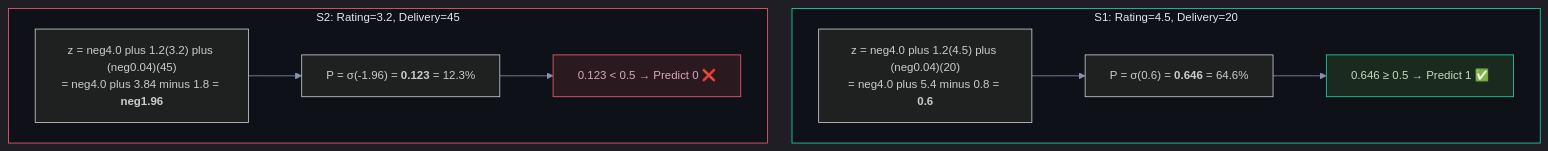
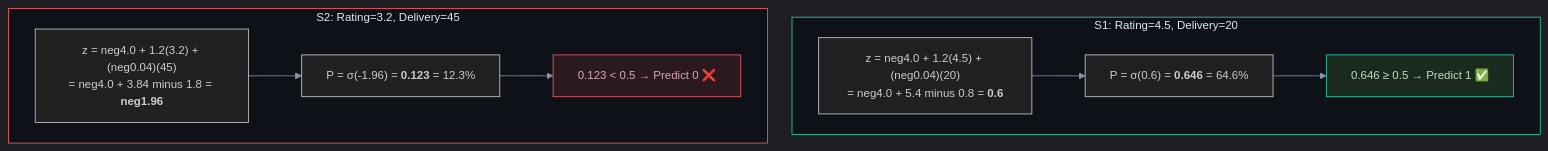
One commit to snehith1234/StudyCircle changed the second of 9 diagrams in Documents/Visual_Guides/ML_Concepts/Logistic_Regression_Visual.md. Above: the diagram before and after it, drawn with Mermaid. The commit also changed other lines of this file and 10 other files, not shown here.

First line of the commit message:
Fix Mermaid formatting and add RNN/LSTM guides

````diff
--- a/Documents/Visual_Guides/ML_Concepts/Logistic_Regression_Visual.md
+++ b/Documents/Visual_Guides/ML_Concepts/Logistic_Regression_Visual.md
@@ -60,20 +60,20 @@
 ```mermaid
 %%{init: {'theme': 'dark', 'themeVariables': {'darkMode': true, 'background': '#0e1117', 'primaryColor': '#1a1d2e', 'primaryTextColor': '#e2e8f0', 'primaryBorderColor': '#2d3148', 'lineColor': '#8892b0', 'secondaryColor': '#252840', 'tertiaryColor': '#1a1d2e', 'fontSize': '14px', 'edgeLabelBackground': '#0e1117'}, 'flowchart': {'nodeSpacing': 30, 'rankSpacing': 40, 'padding': 15, 'htmlLabels': true}}}%%
 graph TD
     subgraph STORE1["S1: Rating=4.5, Delivery=20"]
-        Z1["z = neg4.0 plus 1.2(4.5) plus (neg0.04)(20)<br/>= neg4.0 plus 5.4 minus 0.8 = <b>0.6</b>"]
+        Z1["z = neg4.0 + 1.2(4.5) + (neg0.04)(20)<br/>= neg4.0 + 5.4 minus 0.8 = <b>0.6</b>"]
         Z1 --> P1["P = σ(0.6) = <b>0.646</b> = 64.6%"]
         P1 --> C1["0.646 ≥ 0.5 → Predict 1 ✅"]
     end
 
     subgraph STORE2["S2: Rating=3.2, Delivery=45"]
-        Z2["z = neg4.0 plus 1.2(3.2) plus (neg0.04)(45)<br/>= neg4.0 plus 3.84 minus 1.8 = <b>neg1.96</b>"]
+        Z2["z = neg4.0 + 1.2(3.2) + (neg0.04)(45)<br/>= neg4.0 + 3.84 minus 1.8 = <b>neg1.96</b>"]
         Z2 --> P2["P = σ(-1.96) = <b>0.123</b> = 12.3%"]
         P2 --> C2["0.123 < 0.5 → Predict 0 ❌"]
     end
 
     style STORE1 fill:#0e1117,stroke:#22d3a7,color:#e2e8f0
     style STORE2 fill:#0e1117,stroke:#f45d6d,color:#e2e8f0
     style C1 fill:#1a2a1f,stroke:#22d3a7,color:#c8d8c0
     style C2 fill:#2a1a1f,stroke:#f45d6d,color:#d8a8b8
 ```
````
